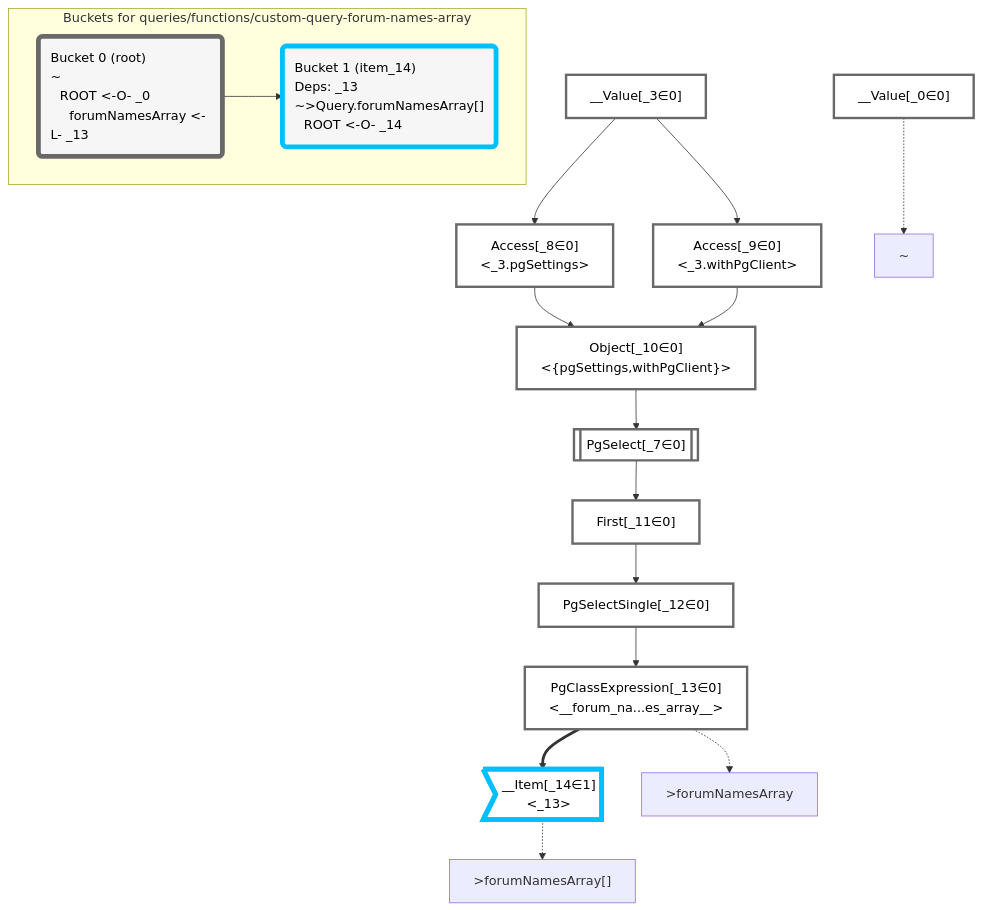
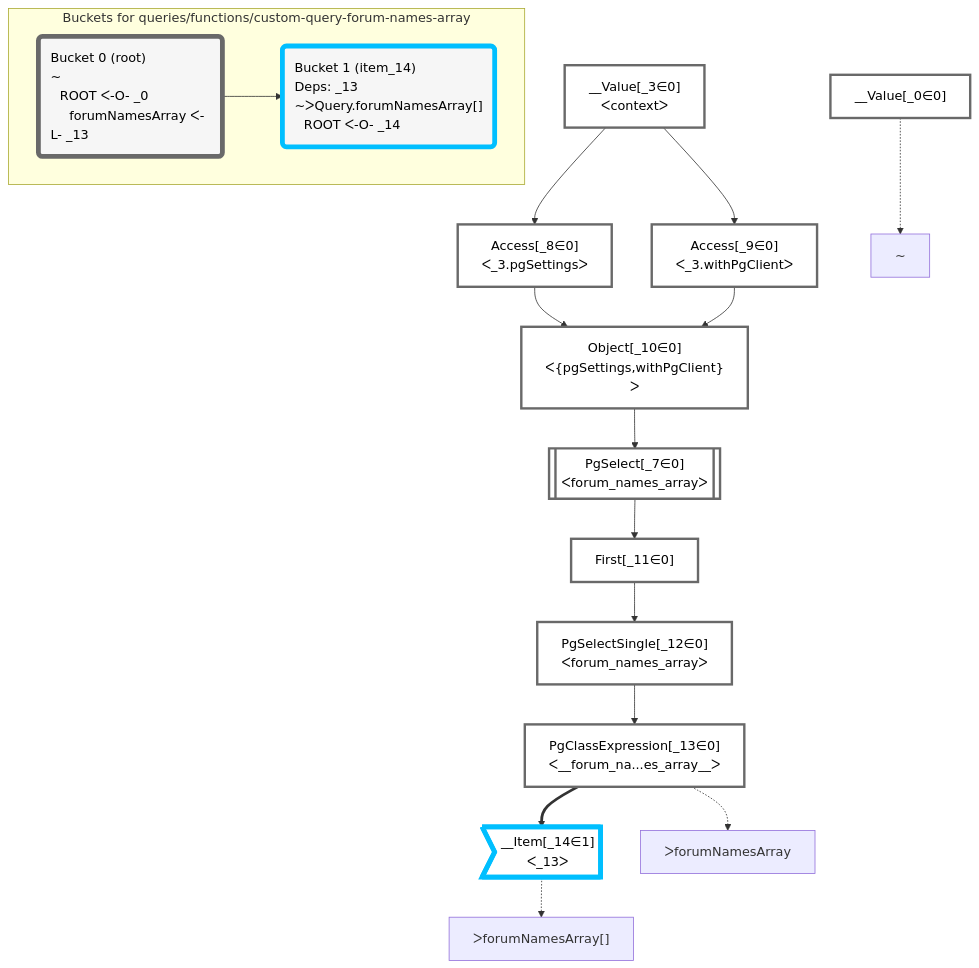
Before and after one commit to graphile/crystal: the diagram in packages/dataplan-pg/__tests__/queries/functions/custom-query-forum-names-array.mermaid.md, drawn with Mermaid. The commit also changed 195 other files, not shown here.

````diff
--- a/packages/dataplan-pg/__tests__/queries/functions/custom-query-forum-names-array.mermaid.md
+++ b/packages/dataplan-pg/__tests__/queries/functions/custom-query-forum-names-array.mermaid.md
@@ -1,54 +1,54 @@
 ```mermaid
 graph TD
     classDef path fill:#eee,stroke:#000,color:#000
     classDef plan fill:#fff,stroke-width:3px,color:#000
     classDef itemplan fill:#fff,stroke-width:6px,color:#000
     classDef sideeffectplan fill:#f00,stroke-width:6px,color:#000
     classDef bucket fill:#f6f6f6,color:#000,stroke-width:6px,text-align:left
 
 
     %% define plans
     __Value_0["__Value[_0∈0]"]:::plan
-    __Value_3["__Value[_3∈0]<br /><context>"]:::plan
-    PgSelect_7[["PgSelect[_7∈0]<br /><forum_names_array>"]]:::plan
-    Access_8["Access[_8∈0]<br /><_3.pgSettings>"]:::plan
-    Access_9["Access[_9∈0]<br /><_3.withPgClient>"]:::plan
-    Object_10["Object[_10∈0]<br /><{pgSettings,withPgClient}>"]:::plan
+    __Value_3["__Value[_3∈0]<br />ᐸcontextᐳ"]:::plan
+    PgSelect_7[["PgSelect[_7∈0]<br />ᐸforum_names_arrayᐳ"]]:::plan
+    Access_8["Access[_8∈0]<br />ᐸ_3.pgSettingsᐳ"]:::plan
+    Access_9["Access[_9∈0]<br />ᐸ_3.withPgClientᐳ"]:::plan
+    Object_10["Object[_10∈0]<br />ᐸ{pgSettings,withPgClient}ᐳ"]:::plan
     First_11["First[_11∈0]"]:::plan
-    PgSelectSingle_12["PgSelectSingle[_12∈0]<br /><forum_names_array>"]:::plan
-    PgClassExpression_13["PgClassExpression[_13∈0]<br /><__forum_na...es_array__>"]:::plan
-    __Item_14>"__Item[_14∈1]<br /><_13>"]:::itemplan
+    PgSelectSingle_12["PgSelectSingle[_12∈0]<br />ᐸforum_names_arrayᐳ"]:::plan
+    PgClassExpression_13["PgClassExpression[_13∈0]<br />ᐸ__forum_na...es_array__ᐳ"]:::plan
+    __Item_14>"__Item[_14∈1]<br />ᐸ_13ᐳ"]:::itemplan
 
     %% plan dependencies
     Object_10 --> PgSelect_7
     __Value_3 --> Access_8
     __Value_3 --> Access_9
     Access_8 --> Object_10
     Access_9 --> Object_10
     PgSelect_7 --> First_11
     First_11 --> PgSelectSingle_12
     PgSelectSingle_12 --> PgClassExpression_13
     PgClassExpression_13 ==> __Item_14
 
     %% plan-to-path relationships
     P_0["~"]
     __Value_0 -.-> P_0
-    P_13[">forumNamesArray"]
+    P_13["ᐳforumNamesArray"]
     PgClassExpression_13 -.-> P_13
-    P_14[">forumNamesArray[]"]
+    P_14["ᐳforumNamesArray[]"]
     __Item_14 -.-> P_14
 
     %% allocate buckets
     classDef bucket0 stroke:#696969
     class __Value_0,__Value_3,PgSelect_7,Access_8,Access_9,Object_10,First_11,PgSelectSingle_12,PgClassExpression_13 bucket0
     classDef bucket1 stroke:#00bfff
     class __Item_14 bucket1
 
     subgraph "Buckets for queries/functions/custom-query-forum-names-array"
-    Bucket0("Bucket 0 (root)<br />~<br />⠀ROOT <-O- _0<br />⠀⠀forumNamesArray <-L- _13"):::bucket
+    Bucket0("Bucket 0 (root)<br />~<br />⠀ROOT ᐸ-O- _0<br />⠀⠀forumNamesArray ᐸ-L- _13"):::bucket
     style Bucket0 stroke:#696969
-    Bucket1("Bucket 1 (item_14)<br />Deps: _13<br />~>Query.forumNamesArray[]<br />⠀ROOT <-O- _14"):::bucket
+    Bucket1("Bucket 1 (item_14)<br />Deps: _13<br />~ᐳQuery.forumNamesArray[]<br />⠀ROOT ᐸ-O- _14"):::bucket
     style Bucket1 stroke:#00bfff
     Bucket0 --> Bucket1
     end
 ```
````
